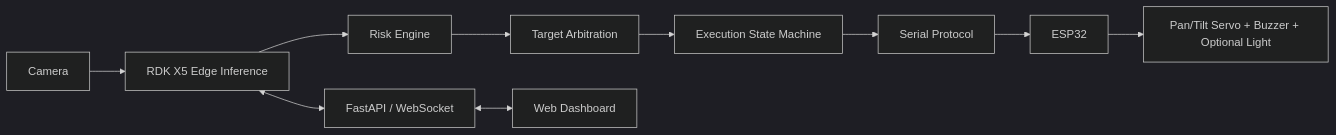
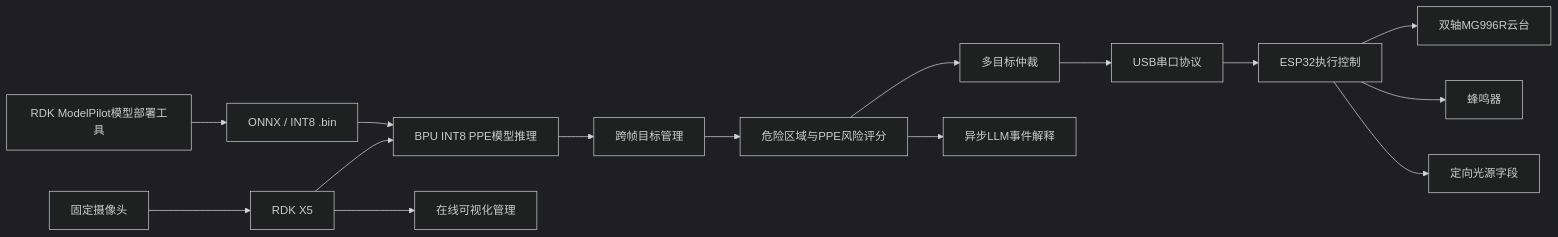
One commit to AIM135D/argus-rdk-x5 changed the diagram in README.md. Above: the diagram before and after it, drawn with Mermaid (dark theme). The commit also changed other lines of this file and 58 other files, not shown here.

Commit message:
docs: unify RDK X5 contest repository with ModelPilot tool

````diff
--- a/README.md
+++ b/README.md
@@ -19,12 +34,17 @@
 ```mermaid
 flowchart LR
-    Camera --> X5["RDK X5 Edge Inference"]
-    X5 --> Risk["Risk Engine"]
-    Risk --> Arbitration["Target Arbitration"]
-    Arbitration --> FSM["Execution State Machine"]
-    FSM --> Serial["Serial Protocol"]
-    Serial --> ESP32
-    ESP32 --> Actuators["Pan/Tilt Servo + Buzzer + Optional Light"]
-    X5 <--> API["FastAPI / WebSocket"]
-    API <--> Dashboard["Web Dashboard"]
+    Camera["固定摄像头"] --> RDK["RDK X5"]
+    RDK --> BPU["BPU INT8 PPE模型推理"]
+    BPU --> Track["跨帧目标管理"]
+    Track --> Risk["危险区域与PPE风险评分"]
+    Risk --> Arbiter["多目标仲裁"]
+    Arbiter --> Serial["USB串口协议"]
+    Serial --> ESP32["ESP32执行控制"]
+    ESP32 --> Servo["双轴MG996R云台"]
+    ESP32 --> Buzzer["蜂鸣器"]
+    ESP32 --> Light["定向光源字段"]
+    RDK --> Web["在线可视化管理"]
+    Risk --> LLM["异步LLM事件解释"]
+    ModelPilot["RDK ModelPilot模型部署工具"] --> Models["ONNX / INT8 .bin"]
+    Models --> BPU
 ```
````
